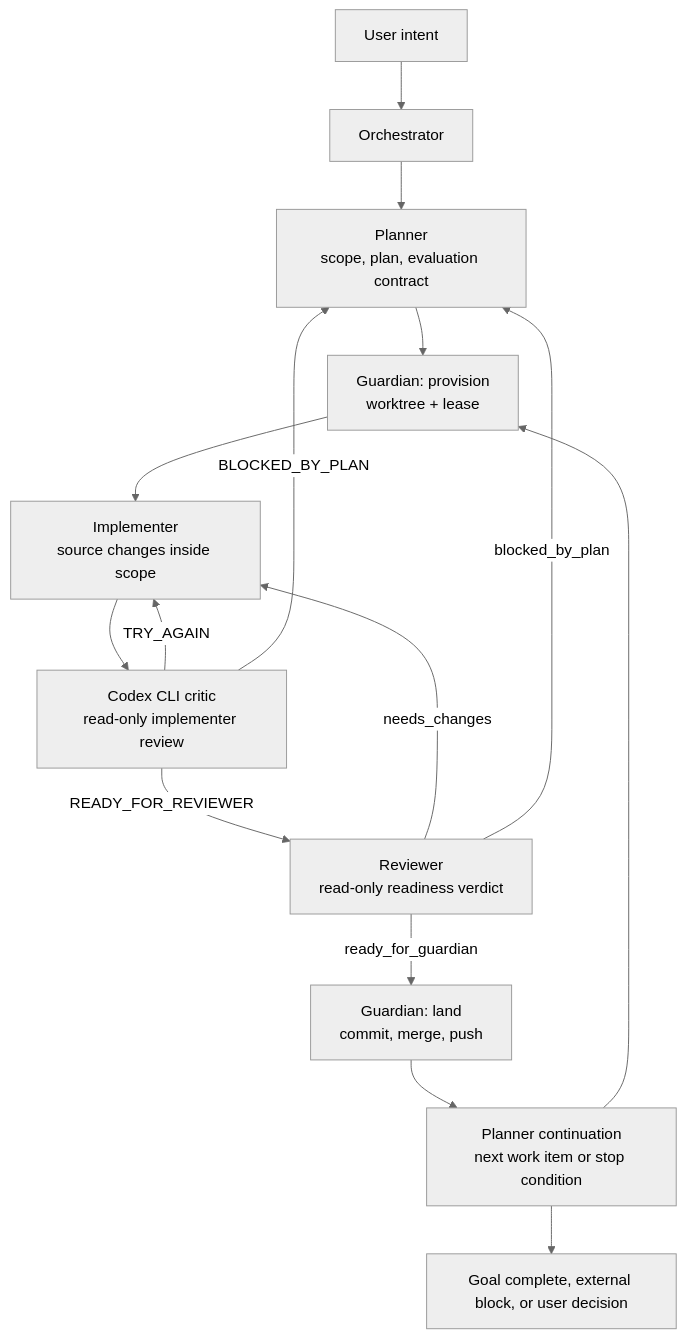
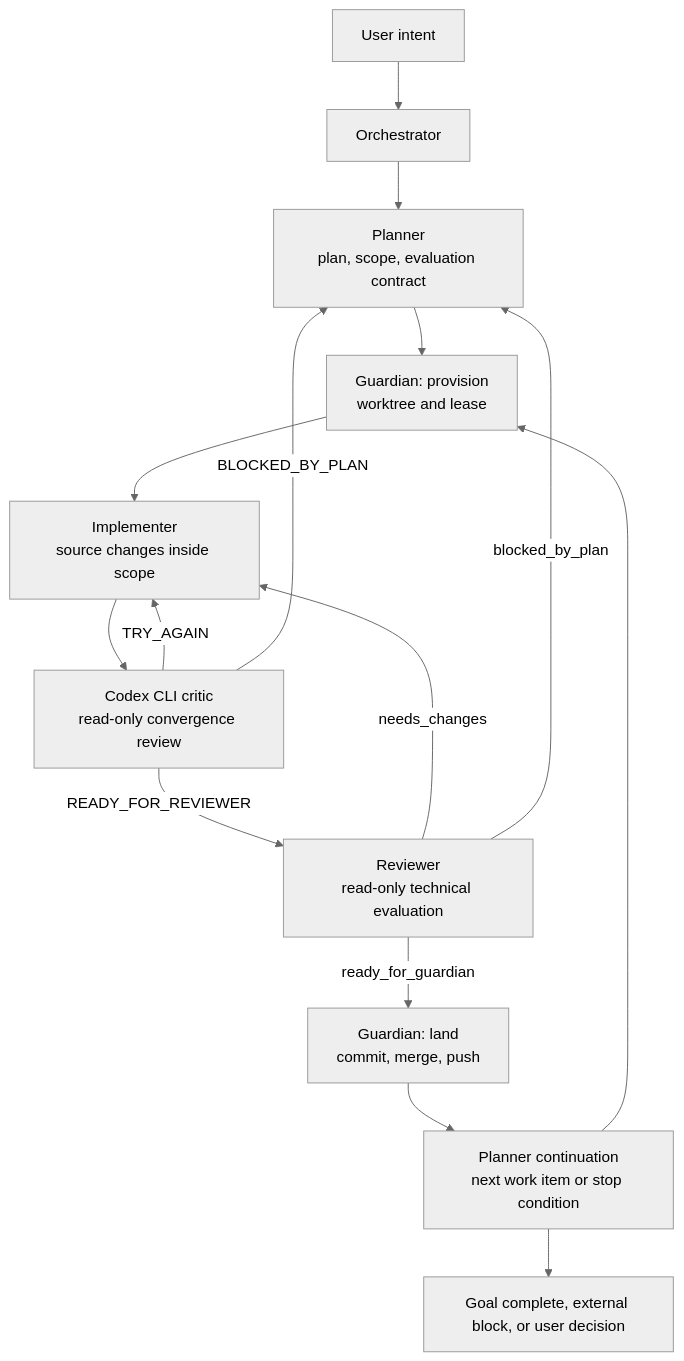
One commit to juanandresgs/claude-ctrl changed the first of 2 diagrams in README.md. Above: the diagram before and after it, drawn with Mermaid (neutral theme). The commit also changed other lines of this file, not shown here.

````diff
--- a/README.md
+++ b/README.md
@@ -77,17 +131,17 @@
 ```mermaid
 flowchart TD
     U["User intent"] --> O["Orchestrator"]
-    O --> P["Planner<br/>scope, plan, evaluation contract"]
-    P --> GP["Guardian: provision<br/>worktree + lease"]
+    O --> P["Planner<br/>plan, scope, evaluation contract"]
+    P --> GP["Guardian: provision<br/>worktree and lease"]
     GP --> I["Implementer<br/>source changes inside scope"]
-    I --> C["Codex CLI critic<br/>read-only implementer review"]
+    I --> C["Codex CLI critic<br/>read-only convergence review"]
     C -->|"TRY_AGAIN"| I
     C -->|"BLOCKED_BY_PLAN"| P
-    C -->|"READY_FOR_REVIEWER"| R["Reviewer<br/>read-only readiness verdict"]
+    C -->|"READY_FOR_REVIEWER"| R["Reviewer<br/>read-only technical evaluation"]
     R -->|"needs_changes"| I
     R -->|"blocked_by_plan"| P
     R -->|"ready_for_guardian"| GL["Guardian: land<br/>commit, merge, push"]
     GL --> PC["Planner continuation<br/>next work item or stop condition"]
     PC --> GP
-    PC --> Done["Goal complete, external block, or user decision"]
+    PC --> T["Goal complete, external block, or user decision"]
 ```
````
